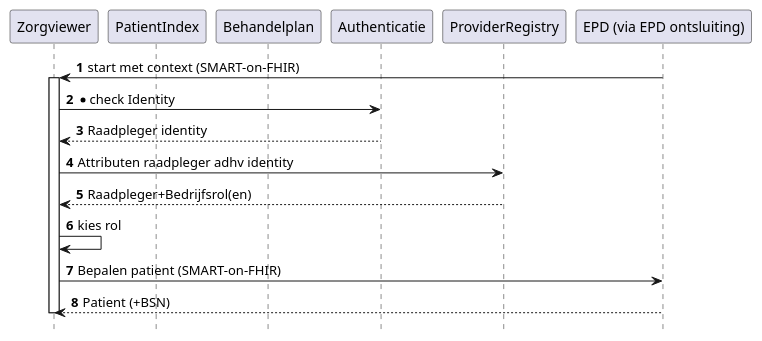
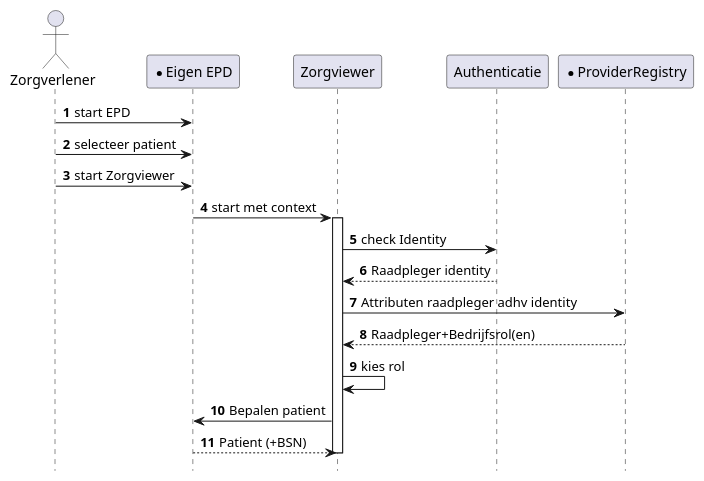
One commit to RIVO-Noord/zorgviewer-ig changed the diagram in input/images-source/Zorgviewer-seq-1.plantuml. Above: the diagram before and after it, drawn with PlantUML. The commit also changed 5 other files, not shown here.

```diff
--- a/input/images-source/Zorgviewer-seq-1.plantuml
+++ b/input/images-source/Zorgviewer-seq-1.plantuml
@@ -1,25 +1,26 @@
 @startuml
 hide footbox
 autonumber
 
+actor Zorgverlener
+participant "*Eigen EPD" as EPD
 participant Zorgviewer
-participant PatientIndex
-participant Behandelplan
+participant Authenticatie
+participant "*ProviderRegistry" as ProviderRegistry
 
-participant Authenticatie
-participant ProviderRegistry
-participant "EPD (via EPD ontsluiting)" as EPD
-
-EPD->Zorgviewer: start met context (SMART-on-FHIR)
+Zorgverlener->EPD: start EPD
+Zorgverlener->EPD: selecteer patient
+Zorgverlener->EPD: start Zorgviewer
+EPD->Zorgviewer: start met context
 
 activate Zorgviewer
-Zorgviewer->Authenticatie: * check Identity
+Zorgviewer->Authenticatie: check Identity
 Authenticatie-->Zorgviewer: Raadpleger identity
 Zorgviewer->ProviderRegistry: Attributen raadpleger adhv identity
 ProviderRegistry-->Zorgviewer: Raadpleger+Bedrijfsrol(en)
 Zorgviewer->Zorgviewer: kies rol
-Zorgviewer->EPD: Bepalen patient (SMART-on-FHIR)
+Zorgviewer->EPD: Bepalen patient
 EPD-->Zorgviewer: Patient (+BSN)
 deactivate Zorgviewer
 
 @enduml
```
